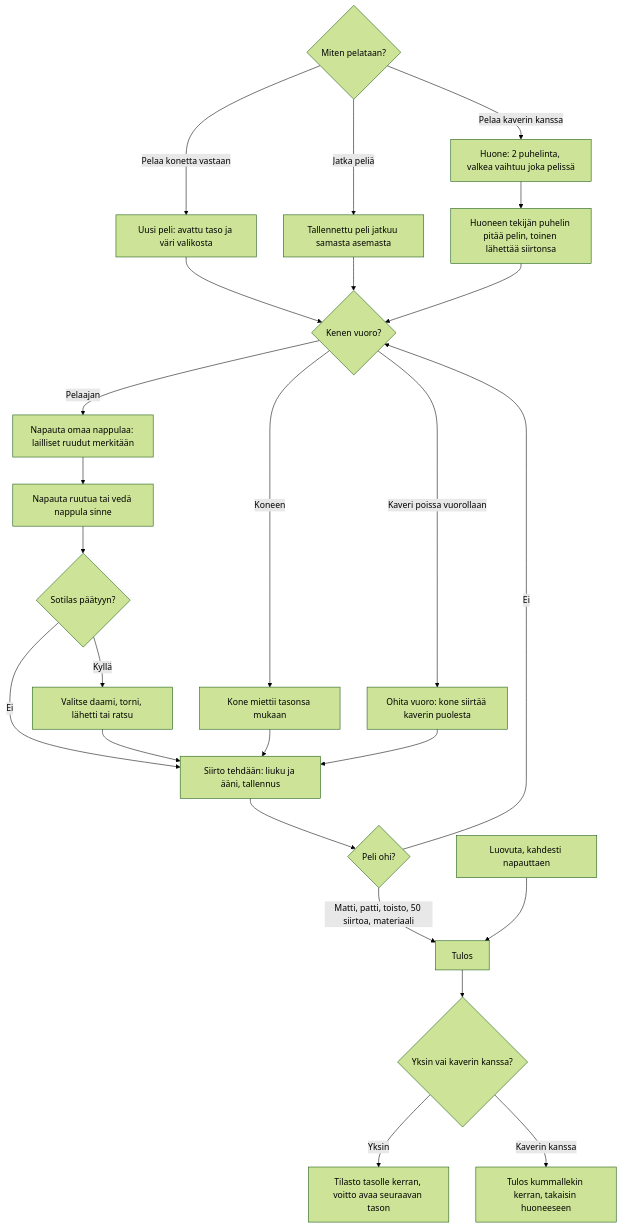
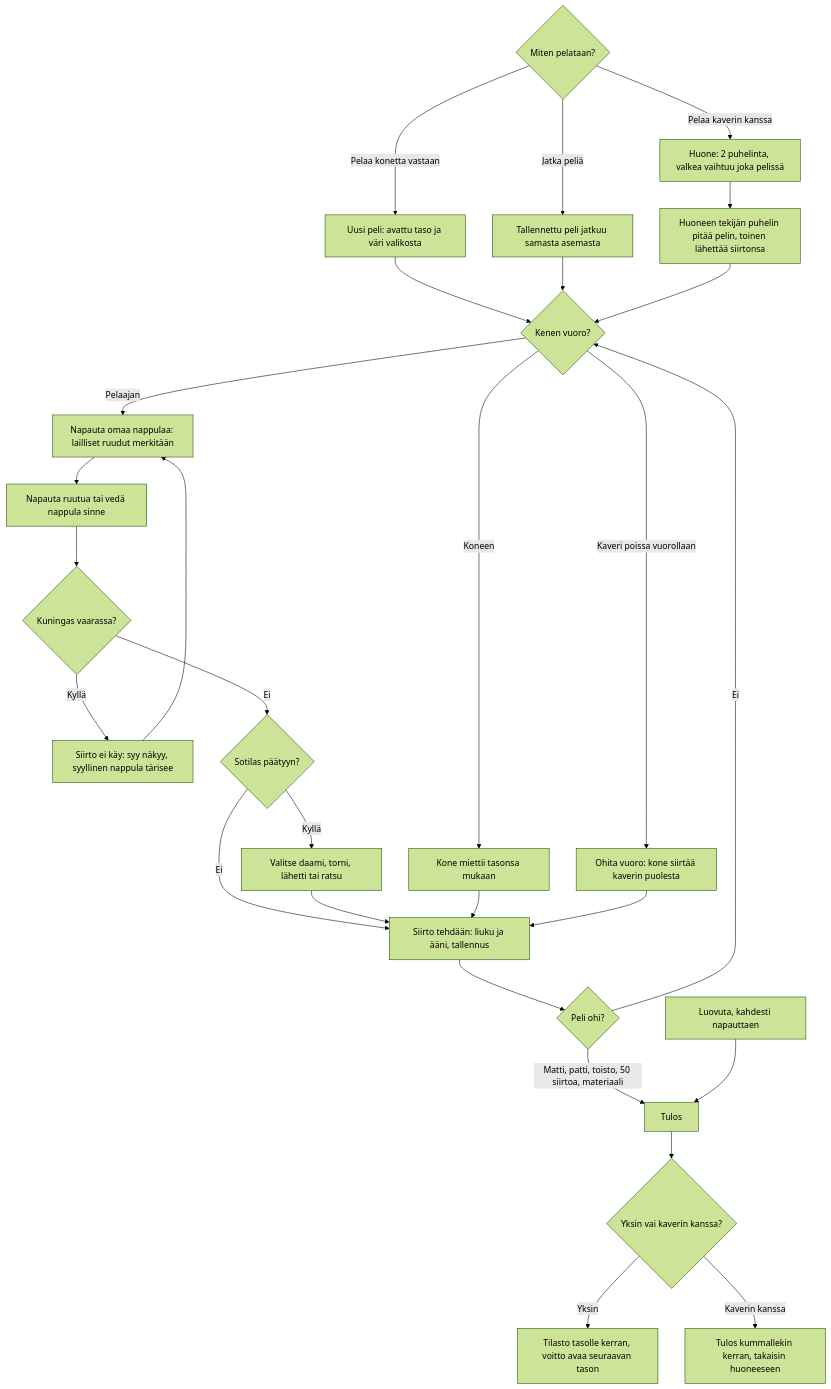
The diagram in docs/diagrams/shakki.md (eerovil/ai-pelit), drawn with Mermaid (forest theme) before and after one commit. The commit also changed other lines of this file and 7 other files, not shown here.

````diff
--- a/docs/diagrams/shakki.md
+++ b/docs/diagrams/shakki.md
@@ -9,35 +9,38 @@
 ```mermaid
 flowchart TD
   S{Miten pelataan?}
   S -- Pelaa konetta vastaan --> A[Uusi peli: avattu taso ja väri valikosta]
   S -- Jatka peliä --> A2[Tallennettu peli jatkuu samasta asemasta]
   S -- Pelaa kaverin kanssa --> R[Huone: 2 puhelinta, valkea vaihtuu joka pelissä]
   R --> R2[Huoneen tekijän puhelin pitää pelin, toinen lähettää siirtonsa]
   A --> B
   A2 --> B
   R2 --> B
   B{Kenen vuoro?}
   B -- Pelaajan --> C[Napauta omaa nappulaa: lailliset ruudut merkitään]
   C --> D[Napauta ruutua tai vedä nappula sinne]
-  D --> P{Sotilas päätyyn?}
+  D --> W{Kuningas vaarassa?}
+  W -- Kyllä --> W2[Siirto ei käy: syy näkyy, syyllinen nappula tärisee]
+  W2 --> C
+  W -- Ei --> P{Sotilas päätyyn?}
   P -- Kyllä --> P2[Valitse daami, torni, lähetti tai ratsu]
   P -- Ei --> M
   P2 --> M
   B -- Koneen --> K[Kone miettii tasonsa mukaan]
   K --> M
   B -- Kaveri poissa vuorollaan --> K2[Ohita vuoro: kone siirtää kaverin puolesta]
   K2 --> M
   M[Siirto tehdään: liuku ja ääni, tallennus] --> E{Peli ohi?}
   E -- Ei --> B
   E -- Matti, patti, toisto, 50 siirtoa, materiaali --> F[Tulos]
   L[Luovuta, kahdesti napauttaen] --> F
   F --> T{Yksin vai kaverin kanssa?}
   T -- Yksin --> T1[Tilasto tasolle kerran, voitto avaa seuraavan tason]
   T -- Kaverin kanssa --> T2[Tulos kummallekin kerran, takaisin huoneeseen]
   class R,R2,K2,T2 violet
-  class S,B,P,E,T amber
-  class A,A2,C,D,P2,M blue
+  class S,B,P,E,T,W amber
+  class A,A2,C,D,P2,M,W2 blue
   class K teal
   class F,T1 green
   class L rose
 ```
````
